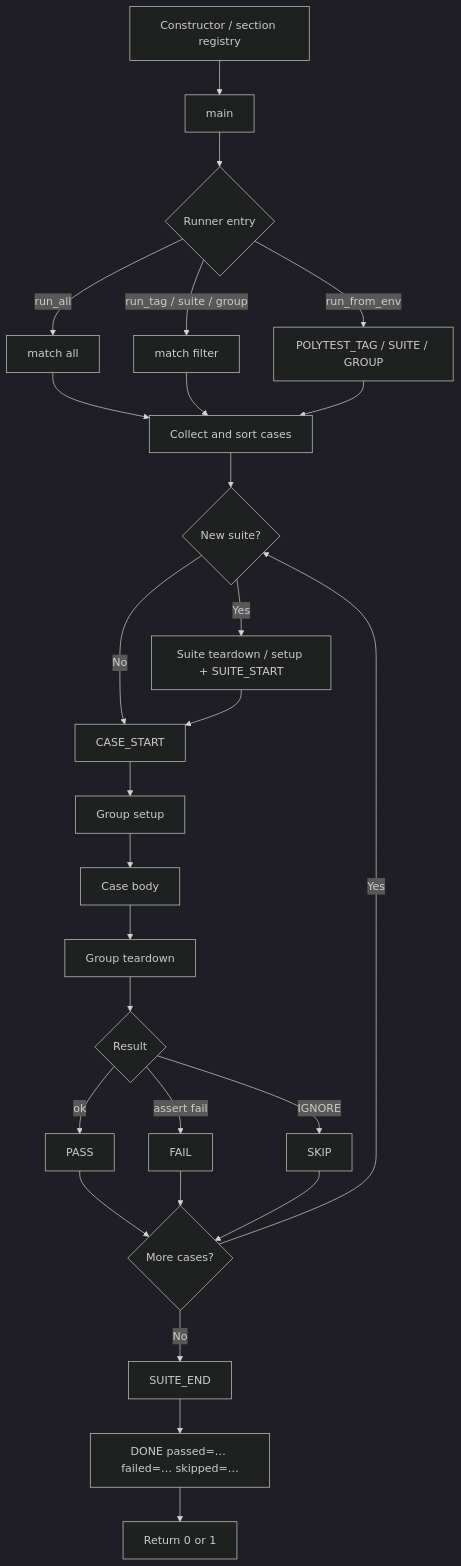
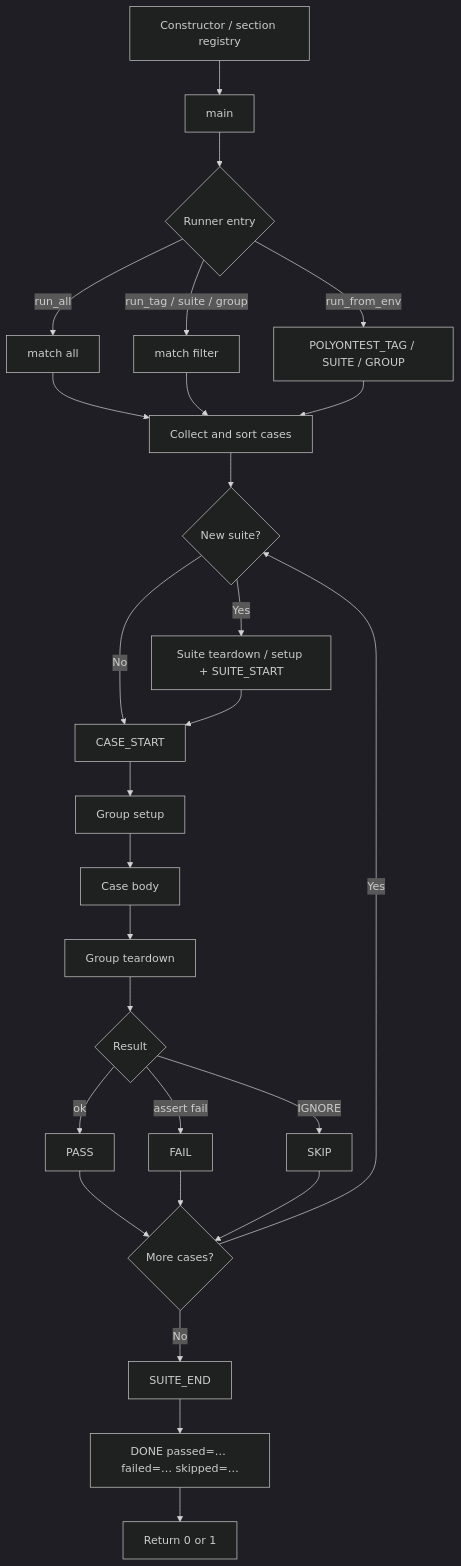
The third of 4 diagrams in docs/concepts.md (malto101/Open-PolyTest-Framework), drawn with Mermaid (dark theme) before and after one commit. The commit also changed other lines of this file and 93 other files, not shown here.

````diff
--- a/docs/concepts.md
+++ b/docs/concepts.md
@@ -91,29 +91,29 @@
 ```mermaid
 flowchart TD
   ctor[Constructor / section registry] --> main[main]
   main --> entry{Runner entry}
   entry -->|run_all| all[match all]
   entry -->|run_tag / suite / group| filt[match filter]
-  entry -->|run_from_env| env[POLYTEST_TAG / SUITE / GROUP]
+  entry -->|run_from_env| env[POLYONTEST_TAG / SUITE / GROUP]
   all --> loop
   filt --> loop
   env --> loop
   loop[Collect and sort cases] --> suiteOpen{New suite?}
   suiteOpen -->|Yes| suiteSetup[Suite teardown / setup + SUITE_START]
   suiteOpen -->|No| caseStart
   suiteSetup --> caseStart[CASE_START]
   caseStart --> groupSetup[Group setup]
   groupSetup --> body[Case body]
   body --> groupTeardown[Group teardown]
   groupTeardown --> status{Result}
   status -->|ok| pass[PASS]
   status -->|assert fail| fail[FAIL]
   status -->|IGNORE| skip[SKIP]
   pass --> more{More cases?}
   fail --> more
   skip --> more
   more -->|Yes| suiteOpen
   more -->|No| suiteEnd[SUITE_END]
   suiteEnd --> done["DONE passed=… failed=… skipped=…"]
   done --> exitCode[Return 0 or 1]
 ```
````
